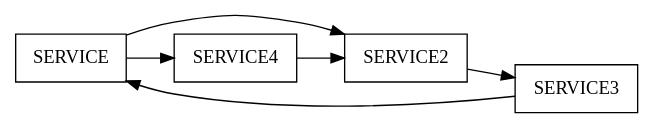
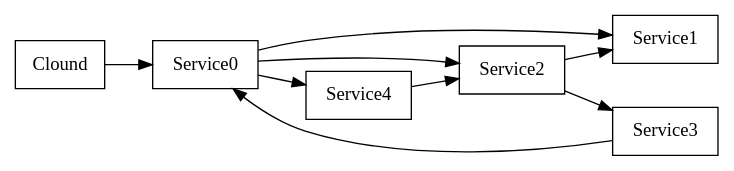
The second of 2 diagrams in README.adoc (georgecao/reploop-topology), drawn with Graphviz before and after one commit. The commit also changed other lines of this file and 16 other files, not shown here.

```diff
--- a/README.adoc
+++ b/README.adoc
@@ -53,8 +55,16 @@
 [graphviz,service,svg]
 ----
 digraph sg {
     node[shape=box];
     rankdir=LR;
-    SERVICE->SERVICE2->SERVICE3->SERVICE->SERVICE4->SERVICE2;
+    UNKNOWN[label="Clound"];
+    SERVICE[label="Service0"];
+    SERVICE1[label="Service1"];
+    SERVICE2[label="Service2"];
+    SERVICE3[label="Service3"];
+    SERVICE4[label="Service4"];
+    UNKNOWN->SERVICE->SERVICE2->SERVICE3->SERVICE->SERVICE4->SERVICE2;
+    SERVICE2->SERVICE1;
+    SERVICE->SERVICE1;
 }
 ----
```
